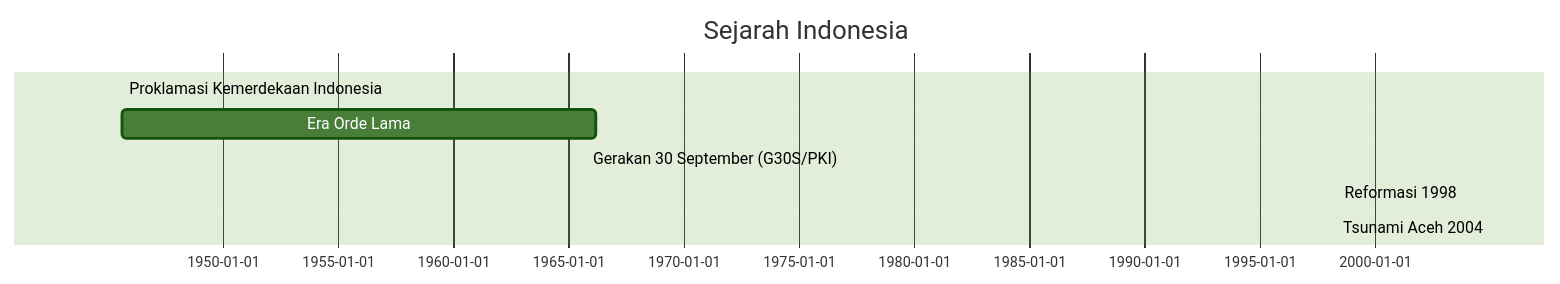
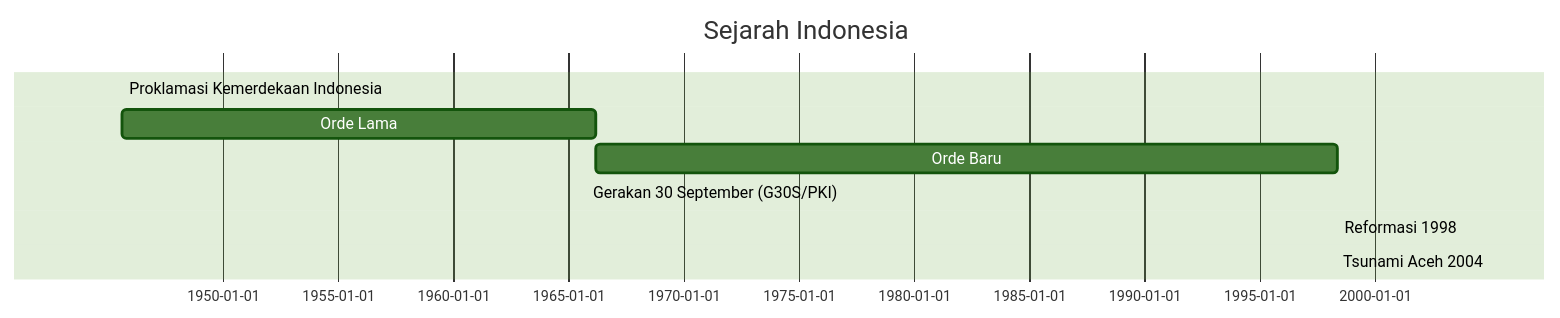
One commit to ariefrahmansyah/sejarah-indonesia changed the diagram in README.md. Above: the diagram before and after it, drawn with Mermaid (forest theme). The commit also changed 1 other file, not shown here.

Commit message:
Add one more sample event
- Renamed "Era Orde Lama" to "Orde Lama" for consistency.
- Added "Orde Baru" event with relevant details to the JSON data and updated the Gantt chart in README.md to reflect this change.

````diff
--- a/README.md
+++ b/README.md
@@ -5,10 +5,11 @@
 ```mermaid
 gantt
     title Sejarah Indonesia
-    dateFormat  YYYY-MM-DD
+    dateFormat YYYY-MM-DD
     Proklamasi Kemerdekaan Indonesia : 1945-08-17, 1d
-    Era Orde Lama : 1945-08-18, 1966-03-11
+    Orde Lama : 1945-08-18, 1966-03-11
+    Orde Baru : 1966-03-11, 1998-05-21
     Gerakan 30 September (G30S/PKI) : 1965-09-30, 1965-10-01
     Reformasi 1998 : 1998-05-21, 1d
     Tsunami Aceh 2004 : 2004-12-26, 1d
 ```
````
